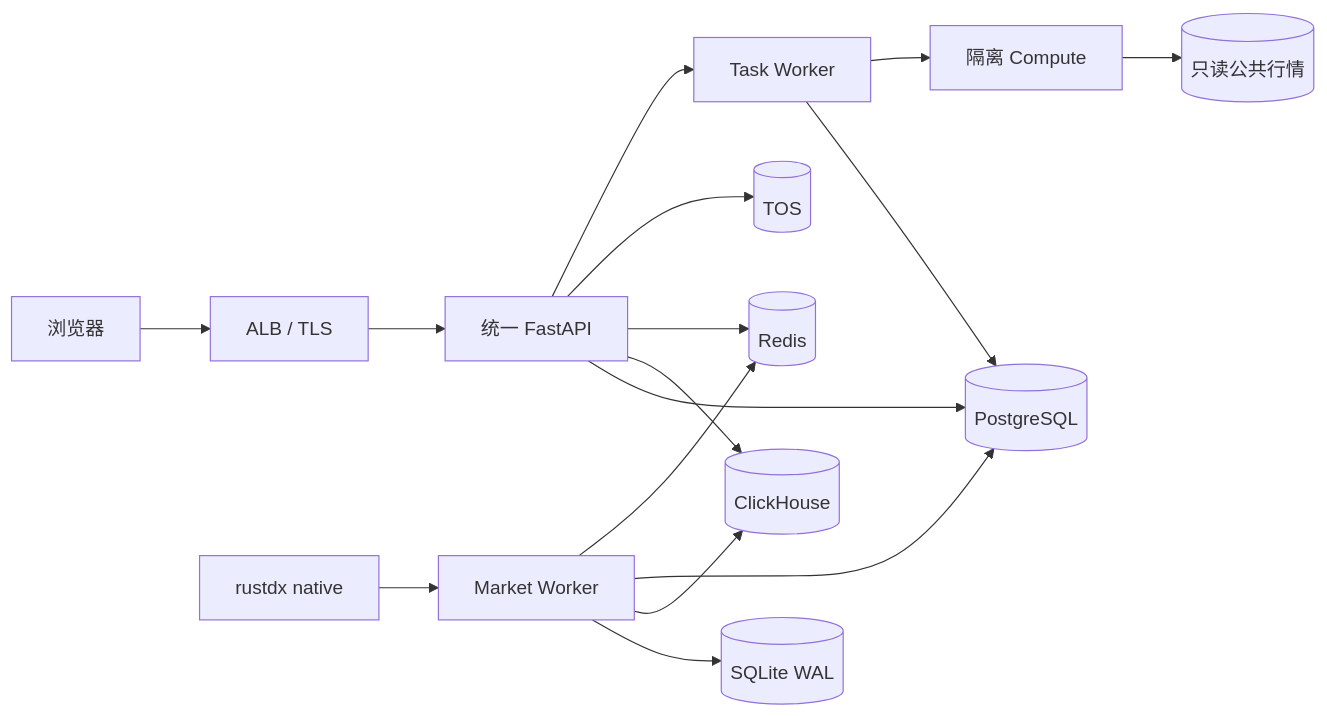
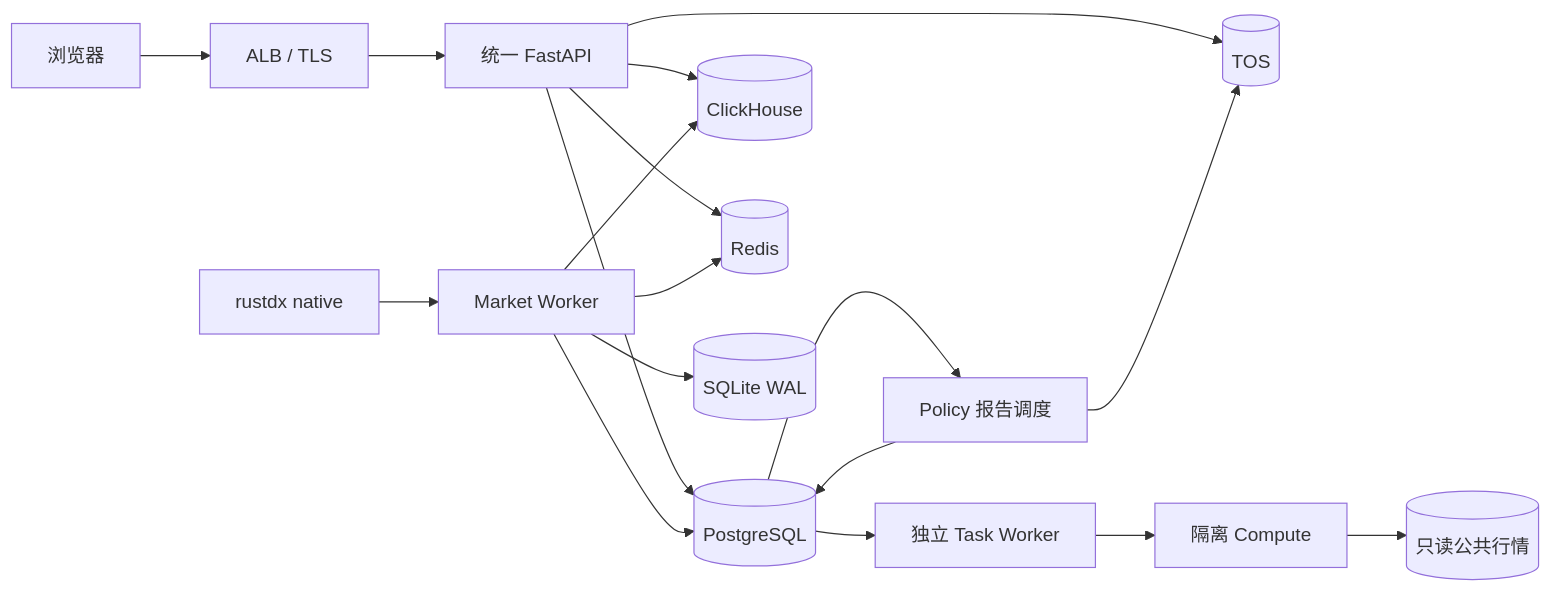
Before and after one commit to jelven007/LSS: the diagram in docs/36-lean-architecture-v0.5.1.md, drawn with Mermaid. The commit also changed other lines of this file and 90 other files, not shown here.

````diff
--- a/docs/36-lean-architecture-v0.5.1.md
+++ b/docs/36-lean-architecture-v0.5.1.md
@@ -13,20 +13,22 @@
 ```mermaid
 flowchart LR
     WEB[浏览器] --> ALB[ALB / TLS]
     ALB --> APP[统一 FastAPI]
     APP --> PG[(PostgreSQL)]
     APP --> CH[(ClickHouse)]
     APP --> RD[(Redis)]
     APP --> TOS[(TOS)]
 
     RDX[rustdx native] --> MW[Market Worker]
     MW --> WAL[(SQLite WAL)]
     MW --> CH
     MW --> PG
     MW --> RD
 
-    APP --> CW[Task Worker]
-    CW --> PG
+    PG --> CW[独立 Task Worker]
+    PG --> RS[Policy 报告调度]
+    RS --> PG
+    RS --> TOS
     CW --> COMP[隔离 Compute]
     COMP --> DATA[(只读公共行情)]
 ```
````
